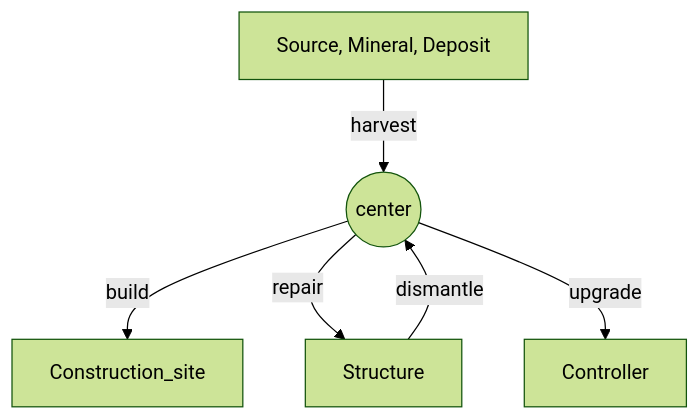
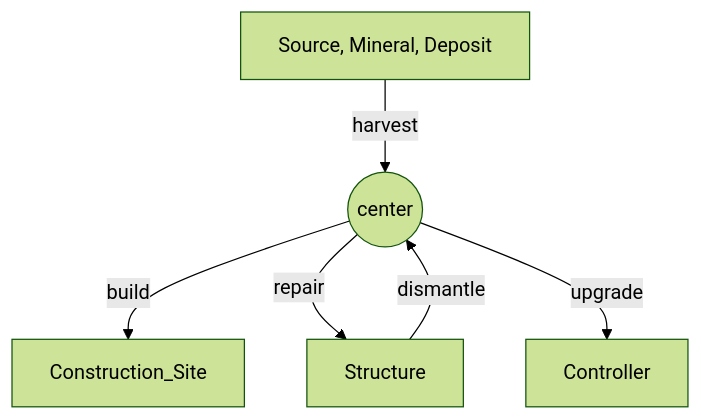
Before and after one commit to tbontb-iaq/tasks-screeps: the diagram in README.md, drawn with Mermaid (forest theme). The commit also changed other lines of this file, not shown here.

````diff
--- a/README.md
+++ b/README.md
@@ -11,9 +11,9 @@
 ```mermaid
 flowchart
 center(("center"))
 harvestable[Source, Mineral, Deposit] -->|harvest| center
-center -->|build| Construction_site
+center -->|build| Construction_Site
 center -->|repair| Structure
 Structure -->|dismantle| center
 center -->|upgrade| Controller
 ```
````
